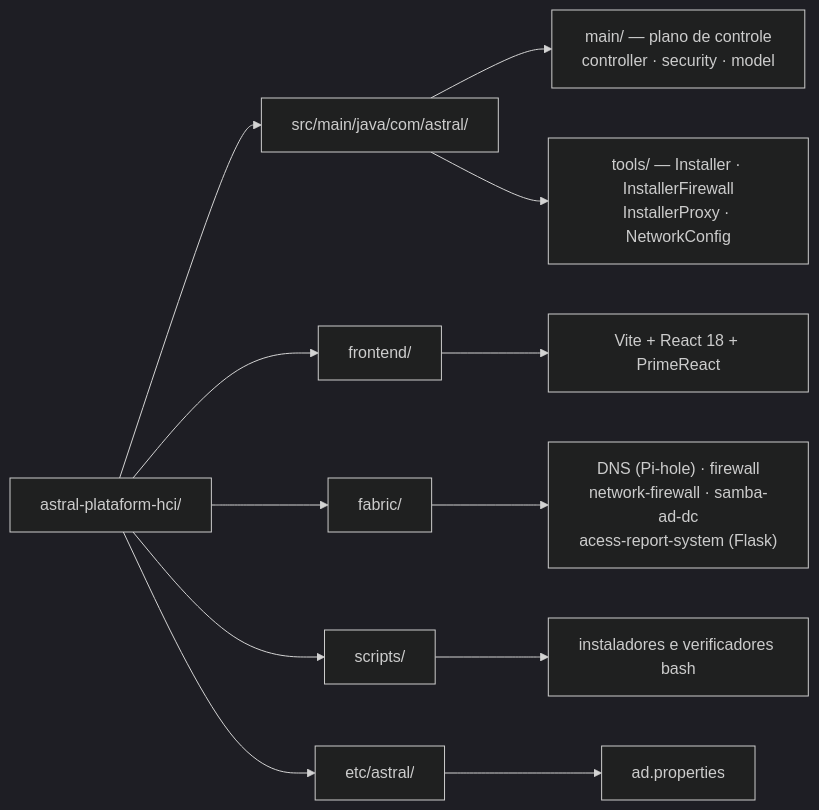
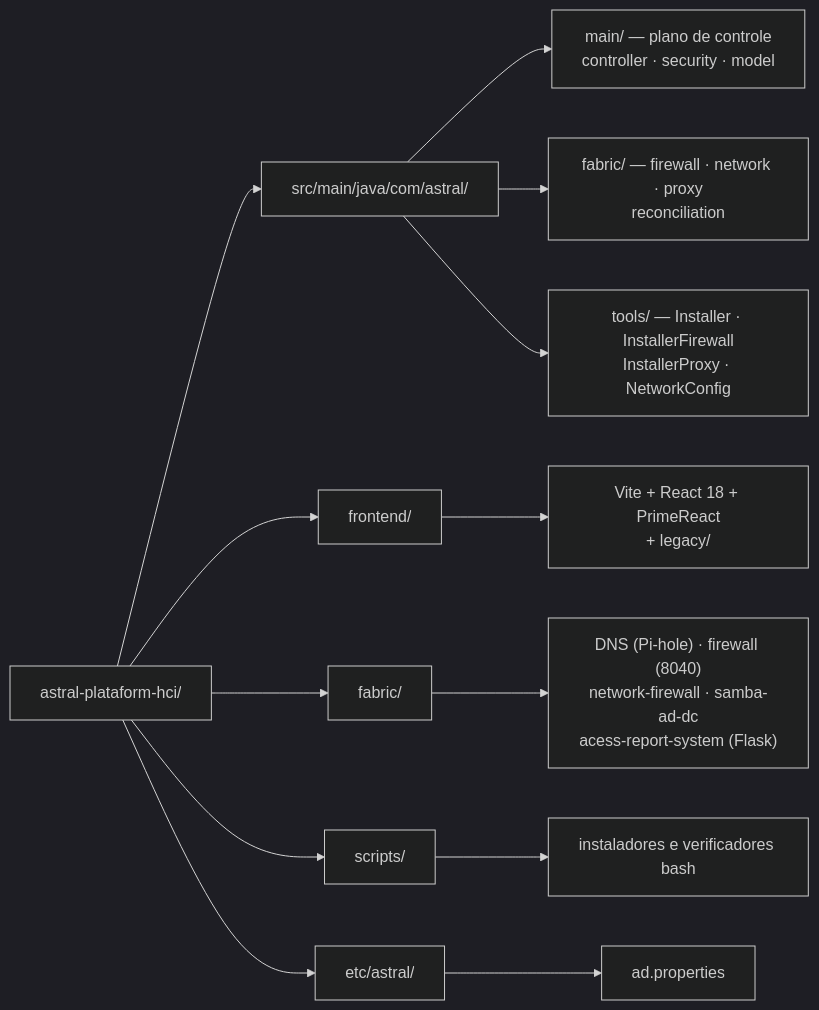
The second of 2 diagrams in README.md (euripedesdark/astral-plataform-hci), drawn with Mermaid (dark theme) before and after one commit. The commit also changed other lines of this file and 164 other files, not shown here.

````diff
--- a/README.md
+++ b/README.md
@@ -122,15 +128,16 @@
 ```mermaid
 graph LR
   A["astral-plataform-hci/"] --> B["src/main/java/com/astral/"]
   A --> C["frontend/"]
   A --> D["fabric/"]
   A --> E["scripts/"]
   A --> F["etc/astral/"]
 
   B --> B1["main/ — plano de controle<br/>controller · security · model"]
-  B --> B2["tools/ — Installer · InstallerFirewall<br/>InstallerProxy · NetworkConfig"]
-  C --> C1["Vite + React 18 + PrimeReact"]
-  D --> D1["DNS (Pi-hole) · firewall<br/>network-firewall · samba-ad-dc<br/>acess-report-system (Flask)"]
+  B --> B2["fabric/ — firewall · network · proxy<br/>reconciliation"]
+  B --> B3["tools/ — Installer · InstallerFirewall<br/>InstallerProxy · NetworkConfig"]
+  C --> C1["Vite + React 18 + PrimeReact<br/>+ legacy/"]
+  D --> D1["DNS (Pi-hole) · firewall (8040)<br/>network-firewall · samba-ad-dc<br/>acess-report-system (Flask)"]
   E --> E1["instaladores e verificadores bash"]
   F --> F1["ad.properties"]
 ```
````
